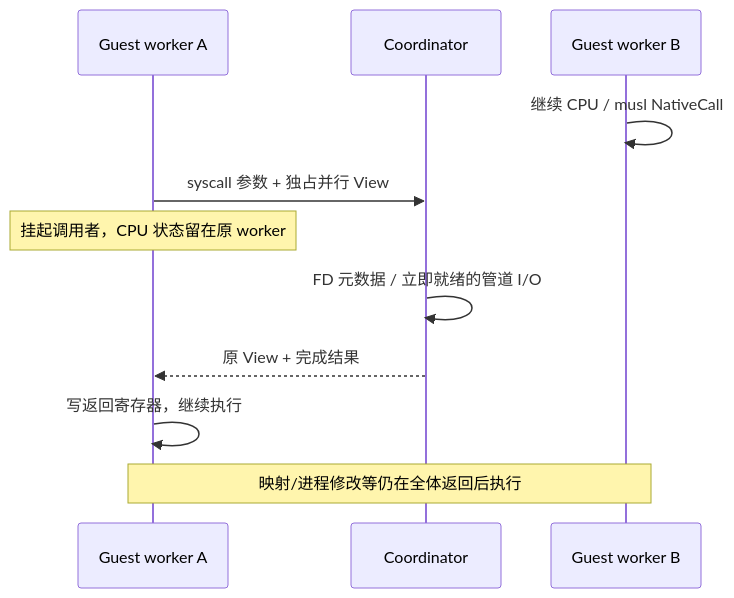
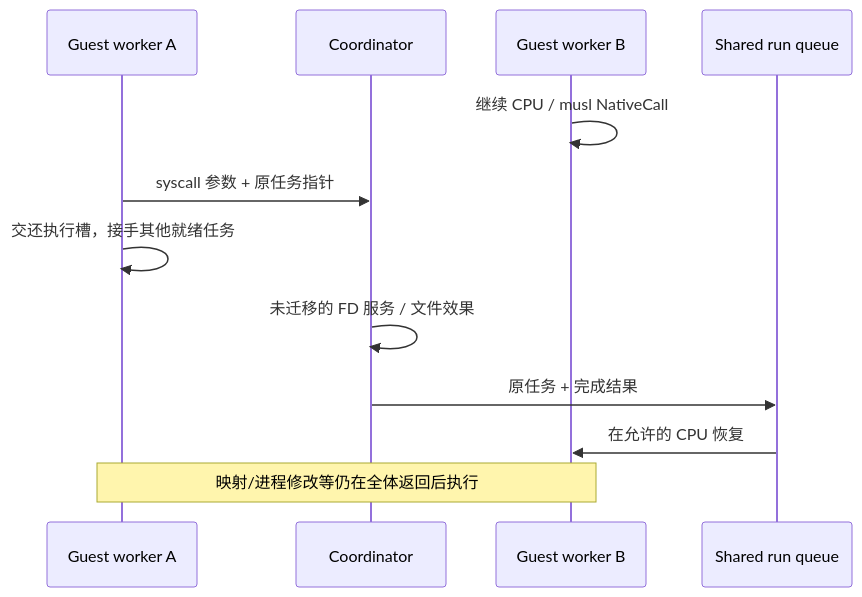
The diagram in docs/architecture/epoch-services.md (kb5000/trames), drawn with Mermaid before and after one commit. The commit also changed other lines of this file and 107 other files, not shown here.

````diff
--- a/docs/architecture/epoch-services.md
+++ b/docs/architecture/epoch-services.md
@@ -6,13 +9,14 @@
 ```mermaid
 sequenceDiagram
     participant A as Guest worker A
     participant K as Coordinator
     participant B as Guest worker B
+    participant Q as Shared run queue
     B->>B: 继续 CPU / musl NativeCall
-    A->>K: syscall 参数 + 独占并行 View
-    Note over A: 挂起调用者，CPU 状态留在原 worker
-    K->>K: FD 元数据 / 立即就绪的管道 I/O
-    K-->>A: 原 View + 完成结果
-    A->>A: 写返回寄存器，继续执行
+    A->>K: syscall 参数 + 原任务指针
+    A->>A: 交还执行槽，接手其他就绪任务
+    K->>K: 未迁移的 FD 服务 / 文件效果
+    K->>Q: 原任务 + 完成结果
+    Q->>B: 在允许的 CPU 恢复
     Note over A,B: 映射/进程修改等仍在全体返回后执行
 ```
````
